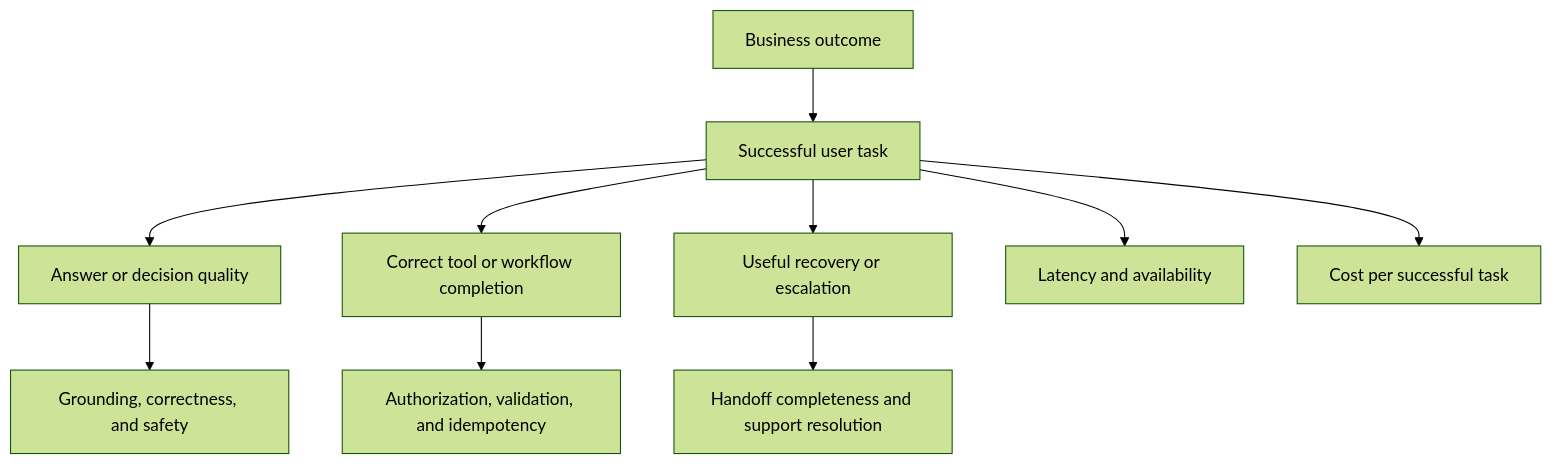
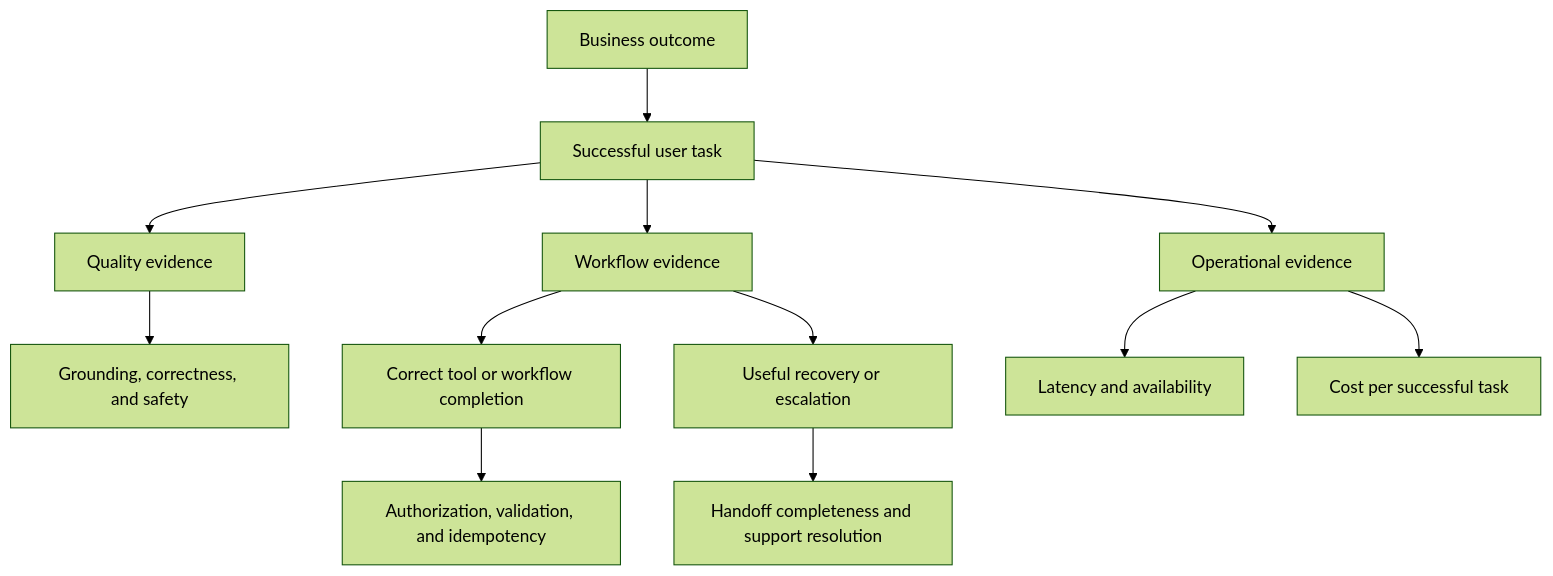
The third of 3 diagrams in 17-ai-product-engineering/README.md (TP-Coder-Innovation-Hub/ai-platform-engineering), drawn with Mermaid (forest theme) before and after one commit. The commit also changed other lines of this file, not shown here.

Commit message:
Fix AI product diagram layouts

````diff
--- a/17-ai-product-engineering/README.md
+++ b/17-ai-product-engineering/README.md
@@ -255,12 +252,14 @@
 ```mermaid
 flowchart TB
     B[Business outcome] --> U[Successful user task]
-    U --> Q[Answer or decision quality]
-    U --> A[Correct tool or workflow completion]
-    U --> R[Useful recovery or escalation]
+    U --> Q[Quality evidence]
+    U --> W[Workflow evidence]
+    U --> O[Operational evidence]
     Q --> G[Grounding, correctness, and safety]
+    W --> A[Correct tool or workflow completion]
+    W --> R[Useful recovery or escalation]
     A --> V[Authorization, validation, and idempotency]
     R --> H[Handoff completeness and support resolution]
-    U --> L[Latency and availability]
-    U --> C[Cost per successful task]
+    O --> L[Latency and availability]
+    O --> C[Cost per successful task]
 ```
````
